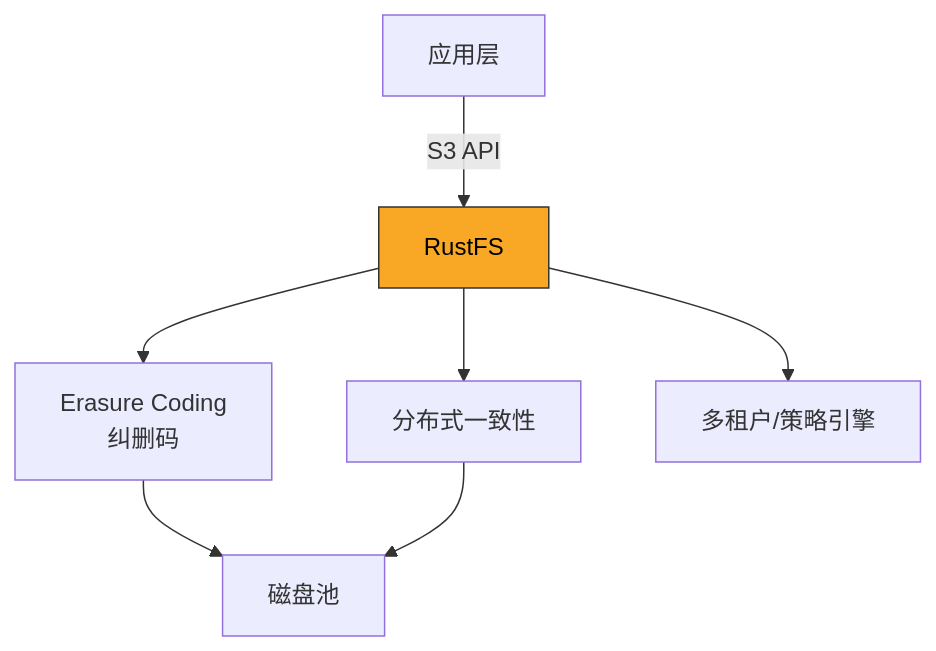
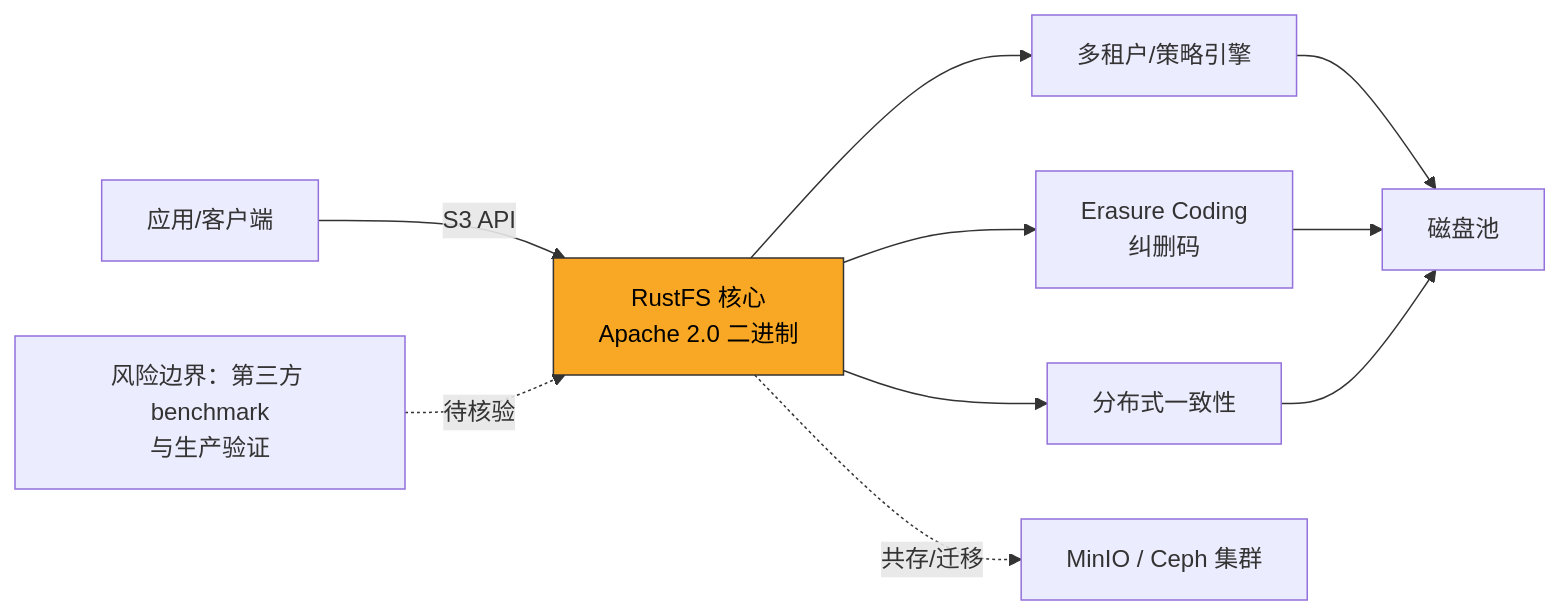
One commit to aiutil/github-researcher changed the diagram in projects/rustfs.md. Above: the diagram before and after it, drawn with Mermaid. The commit also changed other lines of this file and 939 other files, not shown here.

Commit message:
feat: add architect briefs and Mermaid project maps

````diff
--- a/projects/rustfs.md
+++ b/projects/rustfs.md
@@ -49,10 +62,13 @@
 ```mermaid
-graph TB
-    A[应用层] -->|S3 API| B[RustFS]
-    B --> C[Erasure Coding<br/>纠删码]
-    B --> D[分布式一致性]
-    B --> E[多租户/策略引擎]
+graph LR
+    A[应用/客户端] -->|S3 API| B[RustFS 核心<br/>Apache 2.0 二进制]
+    B --> C[多租户/策略引擎]
+    B --> D[Erasure Coding<br/>纠删码]
+    B --> E[分布式一致性]
     C --> F[磁盘池]
     D --> F
+    E --> F
+    B -.共存/迁移.-> G[MinIO / Ceph 集群]
+    H[风险边界：第三方 benchmark<br/>与生产验证] -.待核验.-> B
     style B fill:#f9a825,stroke:#333,color:#000
 ```
````
